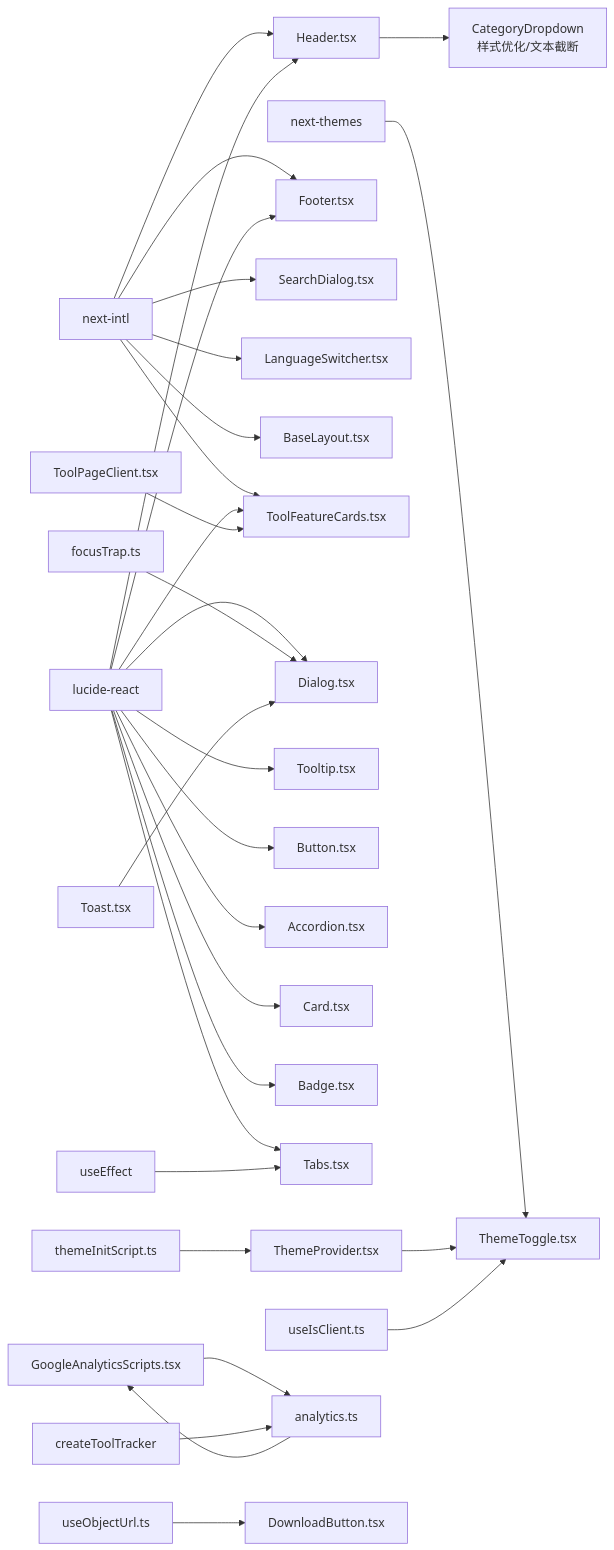
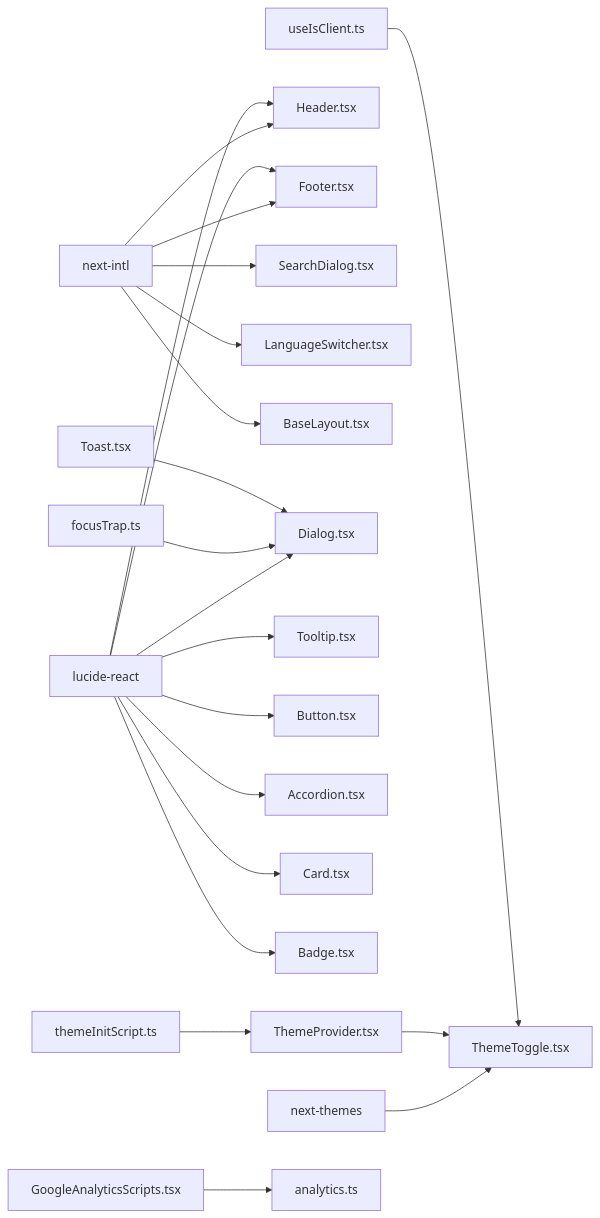
The ninth of 9 diagrams in .qoder/repowiki/zh/content/UI组件系统/UI组件系统.md (sgyy/privadeck), drawn with Mermaid before and after one commit. The commit also changed other lines of this file and 23 other files, not shown here.

````diff
--- a/.qoder/repowiki/zh/content/UI组件系统/UI组件系统.md
+++ b/.qoder/repowiki/zh/content/UI组件系统/UI组件系统.md
@@ -1100,32 +779,23 @@
 ```mermaid
 graph LR
 NTP["next-themes"] --> TMT["ThemeToggle.tsx"]
 NTL["next-intl"] --> HDR["Header.tsx"]
 NTL --> FTR["Footer.tsx"]
 NTL --> SDI["SearchDialog.tsx"]
 NTL --> LSW["LanguageSwitcher.tsx"]
 NTL --> BL["BaseLayout.tsx"]
-NTL --> TFC["ToolFeatureCards.tsx"]
 LCR["lucide-react"] --> HDR
 LCR --> FTR
 LCR --> DLG["Dialog.tsx"]
 LCR --> TTP["Tooltip.tsx"]
 LCR --> BTN["Button.tsx"]
 LCR --> ACC["Accordion.tsx"]
 LCR --> CAR["Card.tsx"]
 LCR --> BAD["Badge.tsx"]
-LCR --> TAB["Tabs.tsx"]
-LCR --> TFC
 FT["focusTrap.ts"] --> DLG
 TST["Toast.tsx"] --> DLG
 TPR["ThemeProvider.tsx"] --> TMT
 TIS["themeInitScript.ts"] --> TPR
 UIC["useIsClient.ts"] --> TMT
 GAS["GoogleAnalyticsScripts.tsx"] --> ANL["analytics.ts"]
-UOU["useObjectUrl.ts"] --> DNB["DownloadButton.tsx"]
-TPC["ToolPageClient.tsx"] --> TFC
-UE["useEffect"] --> TAB
-ANL["analytics.ts"] --> GAS
-CTF["createToolTracker"] --> ANL
-HDR --> CD["CategoryDropdown<br/>样式优化/文本截断"]
 ```
````
